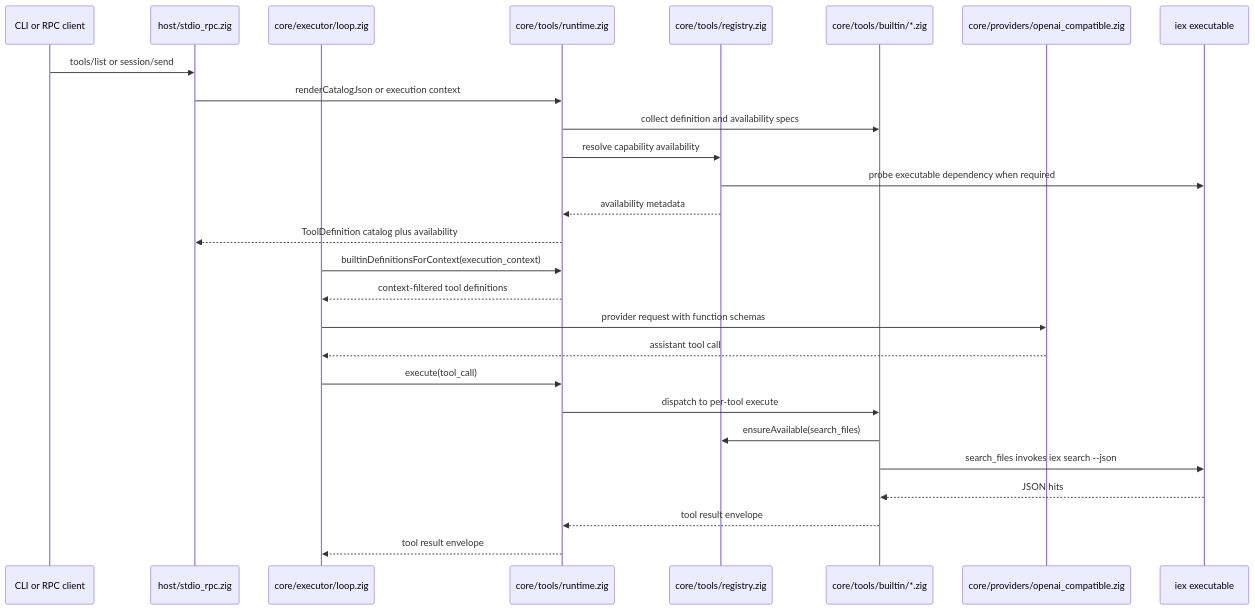
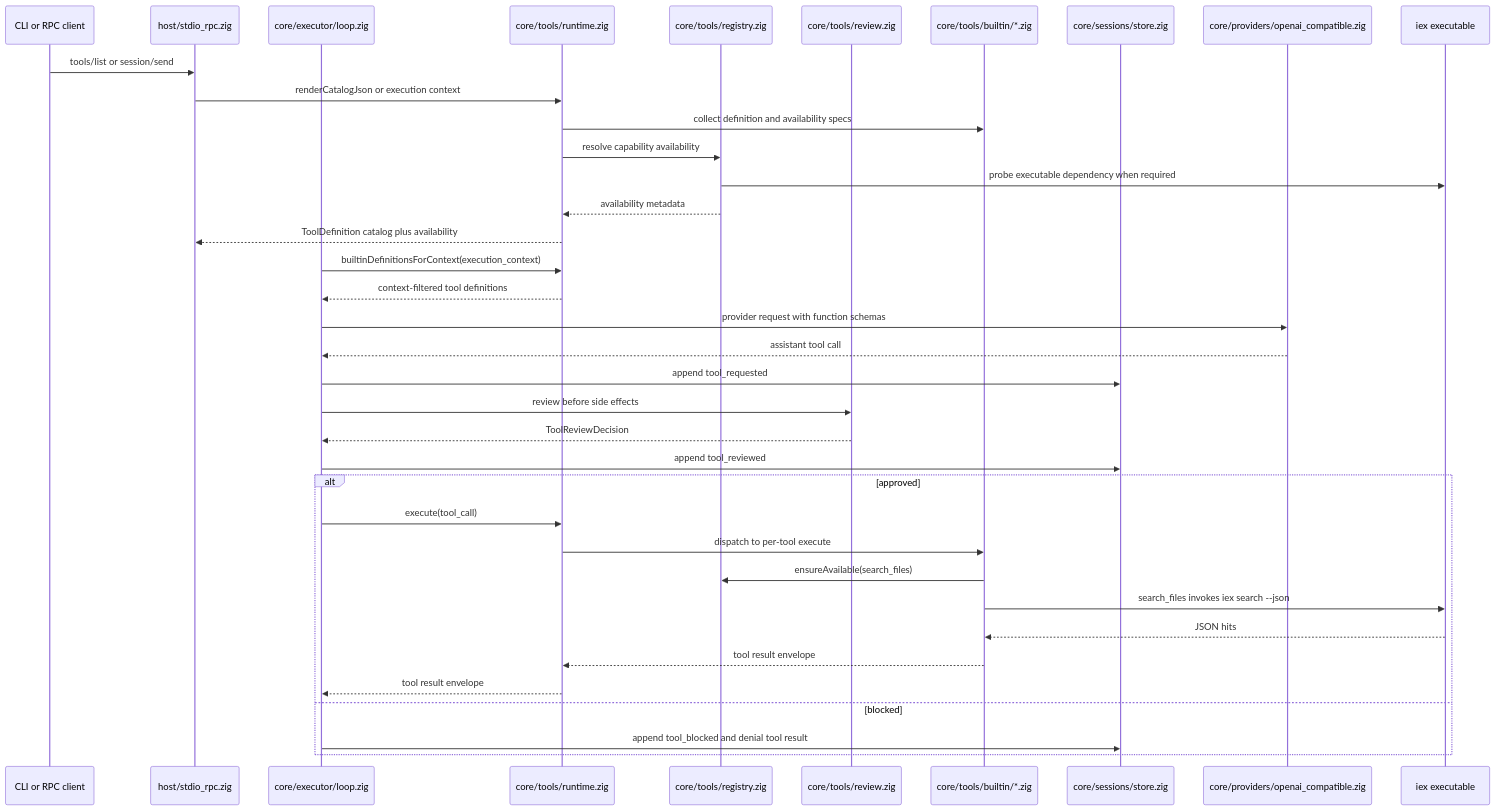
The fifth of 8 diagrams in apps/backend/variant-1/architecture.md (savageops/VANTARI-ONE), drawn with Mermaid before and after one commit. The commit also changed other lines of this file and 30 other files, not shown here.

````diff
--- a/apps/backend/variant-1/architecture.md
+++ b/apps/backend/variant-1/architecture.md
@@ -138,30 +144,40 @@
 ```mermaid
 sequenceDiagram
   participant C as CLI or RPC client
   participant H as host/stdio_rpc.zig
   participant L as core/executor/loop.zig
   participant T as core/tools/runtime.zig
   participant R as core/tools/registry.zig
+  participant V as core/tools/review.zig
   participant M as core/tools/builtin/*.zig
+  participant S as core/sessions/store.zig
   participant P as core/providers/openai_compatible.zig
   participant I as iex executable
 
   C->>H: tools/list or session/send
   H->>T: renderCatalogJson or execution context
   T->>M: collect definition and availability specs
   T->>R: resolve capability availability
   R->>I: probe executable dependency when required
   R-->>T: availability metadata
   T-->>H: ToolDefinition catalog plus availability
   L->>T: builtinDefinitionsForContext(execution_context)
   T-->>L: context-filtered tool definitions
   L->>P: provider request with function schemas
   P-->>L: assistant tool call
-  L->>T: execute(tool_call)
-  T->>M: dispatch to per-tool execute
-  M->>R: ensureAvailable(search_files)
-  M->>I: search_files invokes iex search --json
-  I-->>M: JSON hits
-  M-->>T: tool result envelope
-  T-->>L: tool result envelope
+  L->>S: append tool_requested
+  L->>V: review before side effects
+  V-->>L: ToolReviewDecision
+  L->>S: append tool_reviewed
+  alt approved
+    L->>T: execute(tool_call)
+    T->>M: dispatch to per-tool execute
+    M->>R: ensureAvailable(search_files)
+    M->>I: search_files invokes iex search --json
+    I-->>M: JSON hits
+    M-->>T: tool result envelope
+    T-->>L: tool result envelope
+  else blocked
+    L->>S: append tool_blocked and denial tool result
+  end
 ```
````
